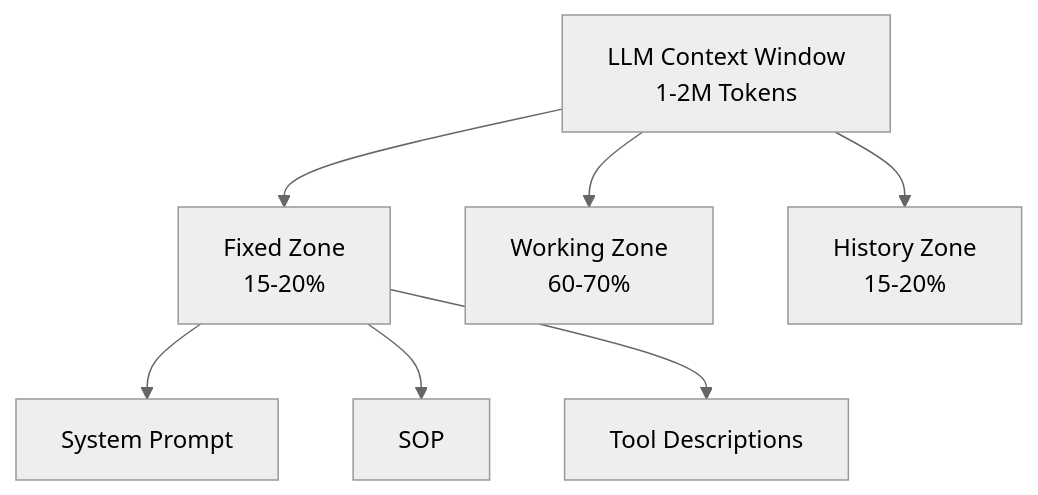
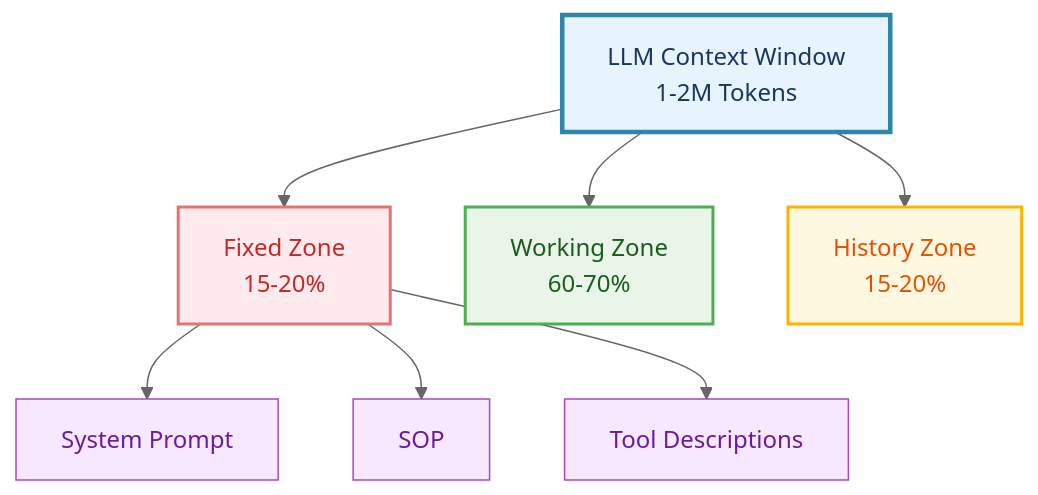
Before and after one commit to raphaelmansuy/digital_palace: diagram 11 of 17 in reference/technical-articles/2025-06-29-context-management-llm-agents.md, drawn with Mermaid (neutral theme). The commit also changed other lines of this file, not shown here.

Commit message:
feat: enhance flowchart styles for improved visual clarity and consistency

````diff
--- a/reference/technical-articles/2025-06-29-context-management-llm-agents.md
+++ b/reference/technical-articles/2025-06-29-context-management-llm-agents.md
@@ -417,10 +461,18 @@
 ```mermaid
 graph TD
     A[LLM Context Window<br/>1-2M Tokens] --> B[Fixed Zone<br/>15-20%]
     A --> C[Working Zone<br/>60-70%]
     A --> D[History Zone<br/>15-20%]
 
     B --> B1[System Prompt]
     B --> B2[SOP]
     B --> B3[Tool Descriptions]
+    
+    style A fill:#E8F4FD,stroke:#2E86AB,stroke-width:3px,color:#1A365D
+    style B fill:#FFEBEE,stroke:#E57373,stroke-width:2px,color:#C62828
+    style C fill:#E8F5E8,stroke:#4CAF50,stroke-width:2px,color:#1B5C1E
+    style D fill:#FFF8E1,stroke:#FFB300,stroke-width:2px,color:#E65100
+    style B1 fill:#F8E8FF,stroke:#AB47BC,stroke-width:1px,color:#6A1B9A
+    style B2 fill:#F8E8FF,stroke:#AB47BC,stroke-width:1px,color:#6A1B9A
+    style B3 fill:#F8E8FF,stroke:#AB47BC,stroke-width:1px,color:#6A1B9A
 ```
````
